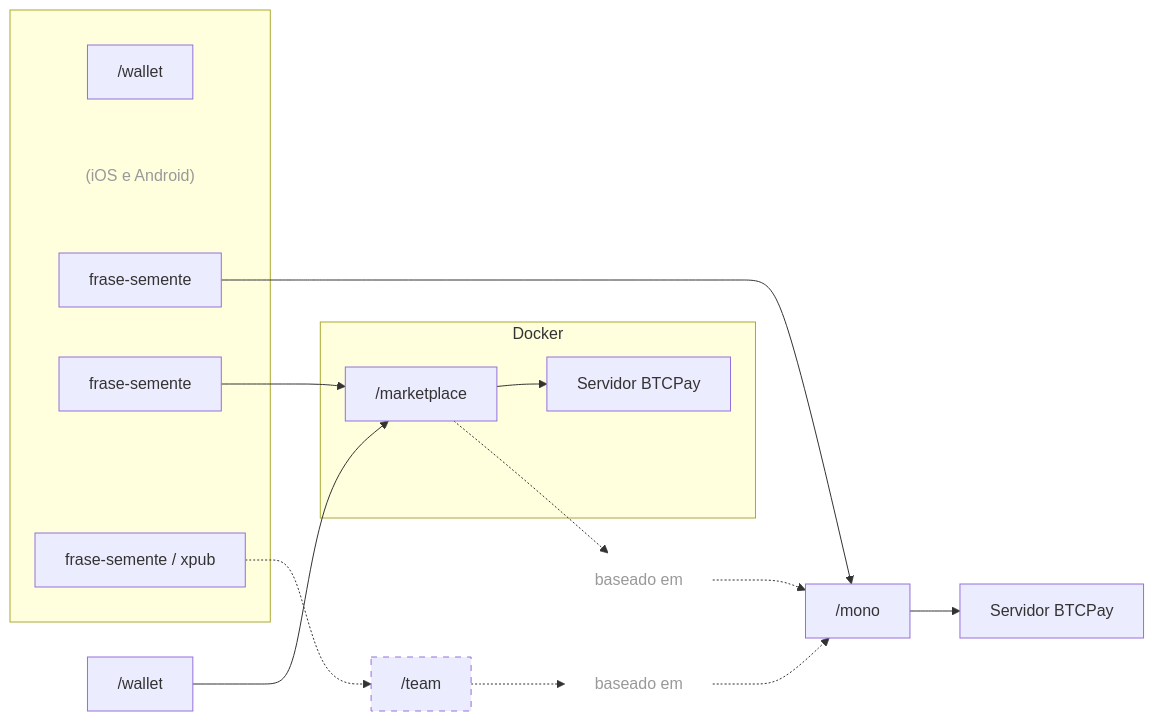
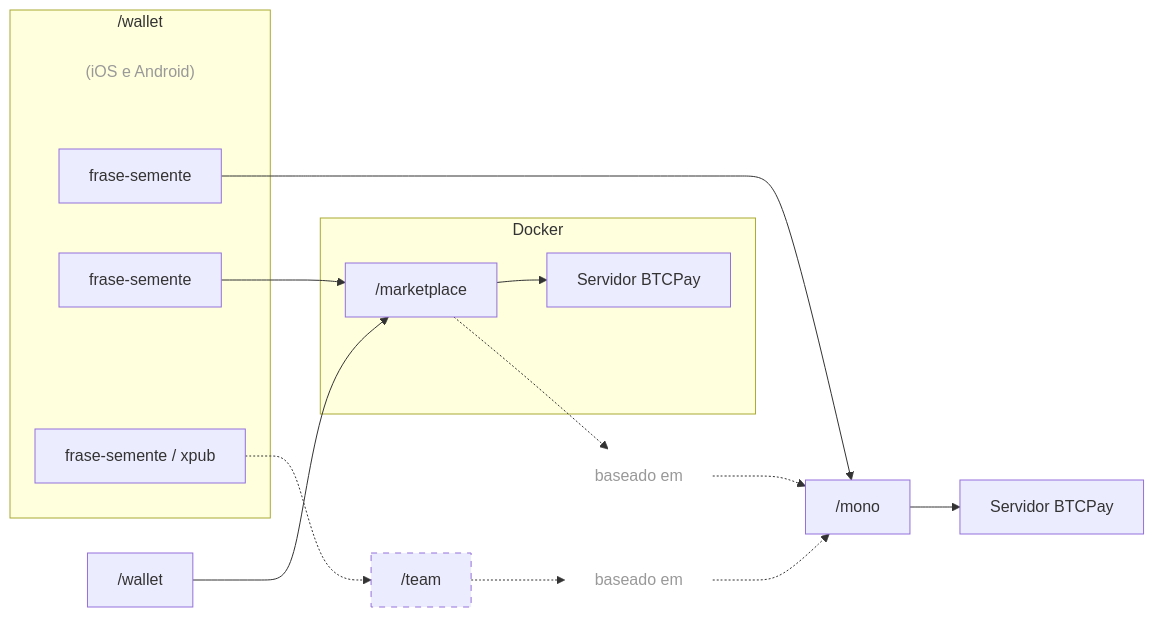
The diagram in profile/README.pt.md (P2Pagos/.github), drawn with Mermaid before and after one commit.

Commit message:
Update README.pt.md by modifying walletWrap section
Removed the wallet link and adjusted the walletWrap subgraph.

````diff
--- a/profile/README.pt.md
+++ b/profile/README.pt.md
@@ -25,49 +25,47 @@
 ```mermaid
 flowchart LR
 
-  subgraph walletWrap[" "]
-    wallet["/wallet"]
+  subgraph walletWrap["/wallet"]
     walletPlatform["(iOS e Android)"]
     seedMono["frase-semente"]
     seedMarket["frase-semente"]
     seedTeam["frase-semente / xpub"]
   end
 
   mono["/mono"]
   monoBtcpay["Servidor BTCPay"]
 
   subgraph docker["Docker"]
     marketplace["/marketplace"]
     marketBtcpay["Servidor BTCPay"]
   end
 
   team["/team"]
   otherWallet["/wallet"]
 
   builtMarket["baseado em"]
   builtTeam["baseado em"]
 
   seedMono --> mono
   seedMarket --> marketplace
   seedTeam -.-> team
 
   otherWallet --> marketplace
 
   mono --> monoBtcpay
   marketplace --> marketBtcpay
 
   marketplace -.-> builtMarket
   builtMarket -.-> mono
 
   team -.-> builtTeam
   builtTeam -.-> mono
 
   style team stroke-dasharray: 6 6
   style builtMarket fill:transparent,stroke:transparent,color:#999
   style builtTeam fill:transparent,stroke:transparent,color:#999
   style walletPlatform fill:transparent,stroke:transparent,color:#999
 
-  click wallet "https://github.com/P2Pagos/wallet" "_blank"
   click otherWallet "https://github.com/P2Pagos/wallet" "_blank"
   click mono "https://github.com/P2Pagos/mono" "_blank"
 ```
````
